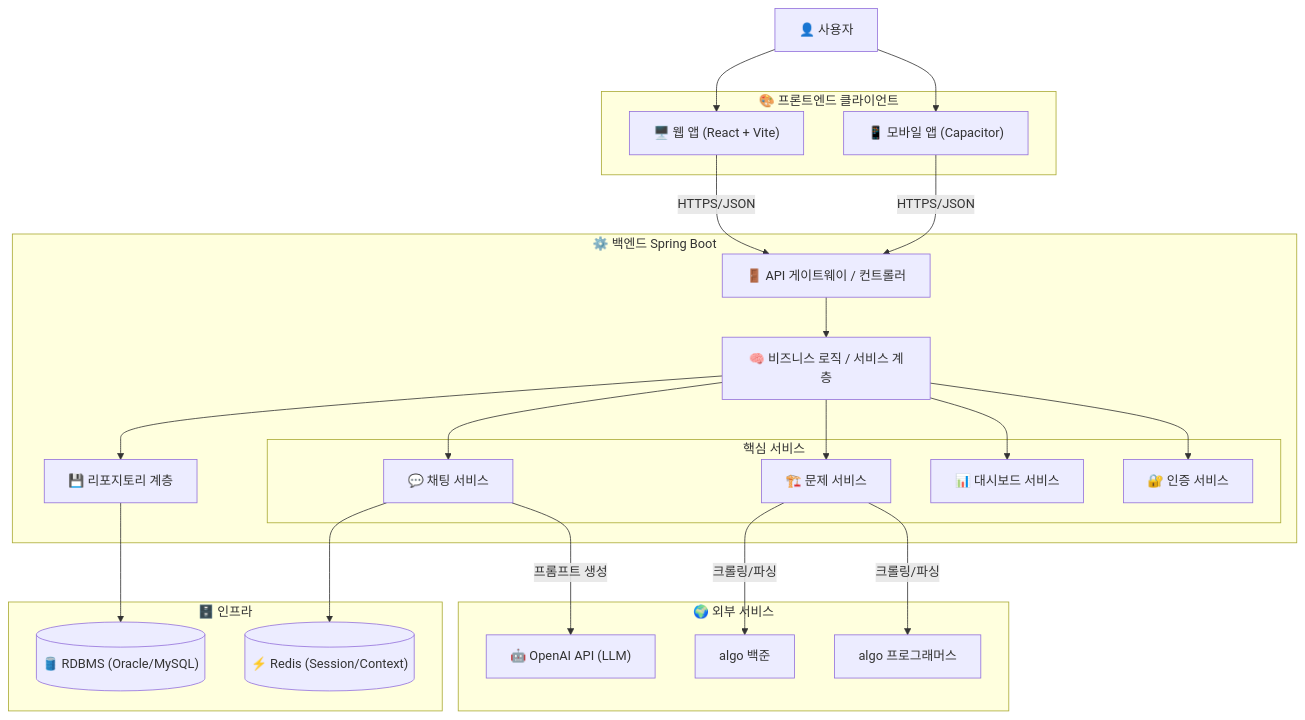
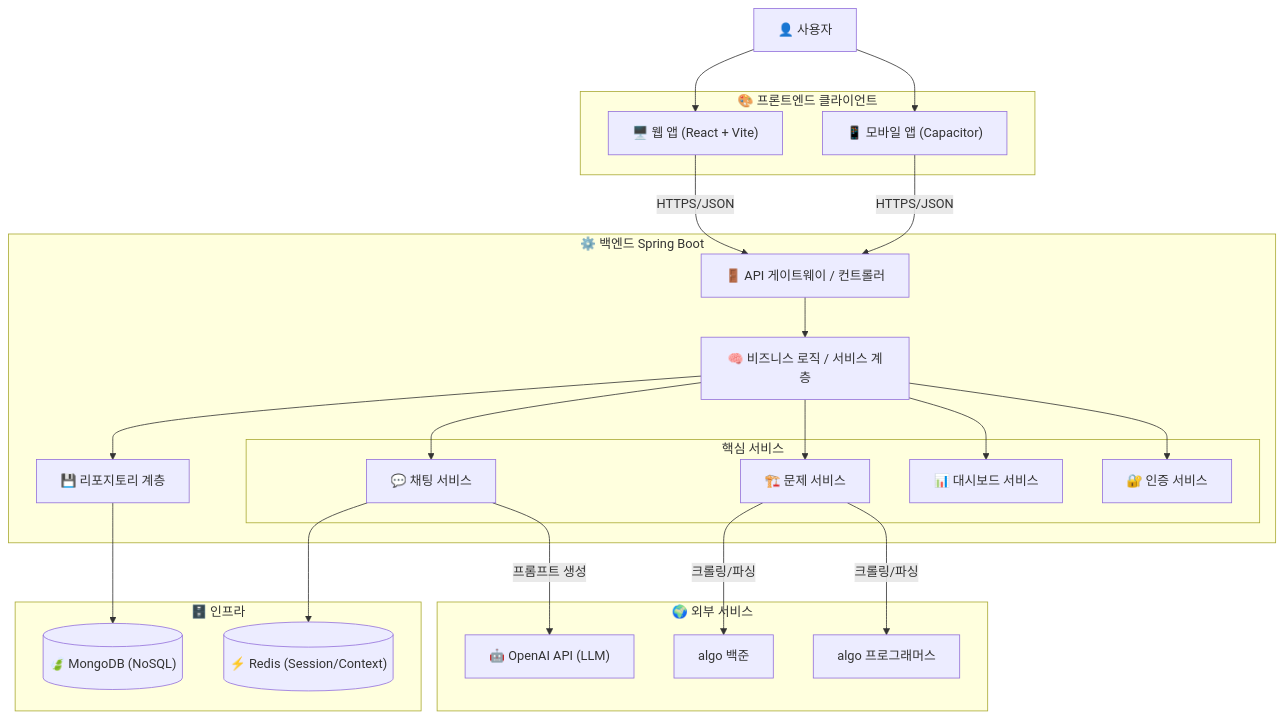
Before and after one commit to HurDong/CodeGenie: the first of 3 diagrams in docs/ARCHITECTURE.md, drawn with Mermaid.

Commit message:
🐛 fix: Correct database technology in Architecture diagram
시스템 아키텍처 다이어그램의 데이터베이스 표기를 수정했습니다.
- `RDBMS (Oracle/MySQL)` -> `MongoDB (NoSQL)`
- 프로젝트 실제 구현(`build.gradle`, `application.yml`)과 일치하도록 변경

````diff
--- a/docs/ARCHITECTURE.md
+++ b/docs/ARCHITECTURE.md
@@ -9,55 +9,55 @@
 ```mermaid
 graph TD
     %% Nodes
     User["👤 사용자"]
     
     subgraph Client [🎨 프론트엔드 클라이언트]
         Web["🖥️ 웹 앱 (React + Vite)"]
         Mobile["📱 모바일 앱 (Capacitor)"]
     end
     
     subgraph Server [⚙️ 백엔드 Spring Boot]
         API["🚪 API 게이트웨이 / 컨트롤러"]
         Service["🧠 비즈니스 로직 / 서비스 계층"]
         
         subgraph Core_Services [핵심 서비스]
             ChatSvc["💬 채팅 서비스"]
             ProbSvc["🏗️ 문제 서비스"]
             DashboardSvc["📊 대시보드 서비스"]
             AuthSvc["🔐 인증 서비스"]
         end
         
         Repo["💾 리포지토리 계층"]
     end
     
     subgraph Infrastructure [🗄️ 인프라]
-        DB[("🛢️ RDBMS (Oracle/MySQL)")]
+        DB[("🍃 MongoDB (NoSQL)")]
         Redis[("⚡ Redis (Session/Context)")]
     end
     
     subgraph External [🌍 외부 서비스]
         OpenAI["🤖 OpenAI API (LLM)"]
         Baekjoon["algo 백준"]
         Programmers["algo 프로그래머스"]
     end
 
     %% Edge connections
     User --> Web
     User --> Mobile
     Web -- "HTTPS/JSON" --> API
     Mobile -- "HTTPS/JSON" --> API
     
     API --> Service
     
     Service --> ChatSvc
     Service --> ProbSvc
     Service --> DashboardSvc
     Service --> AuthSvc
     
     ChatSvc -- "프롬프트 생성" --> OpenAI
     ProbSvc -- "크롤링/파싱" --> Baekjoon
     ProbSvc -- "크롤링/파싱" --> Programmers
     
     ChatSvc --> Redis
     Service --> Repo --> DB
 ```
````
